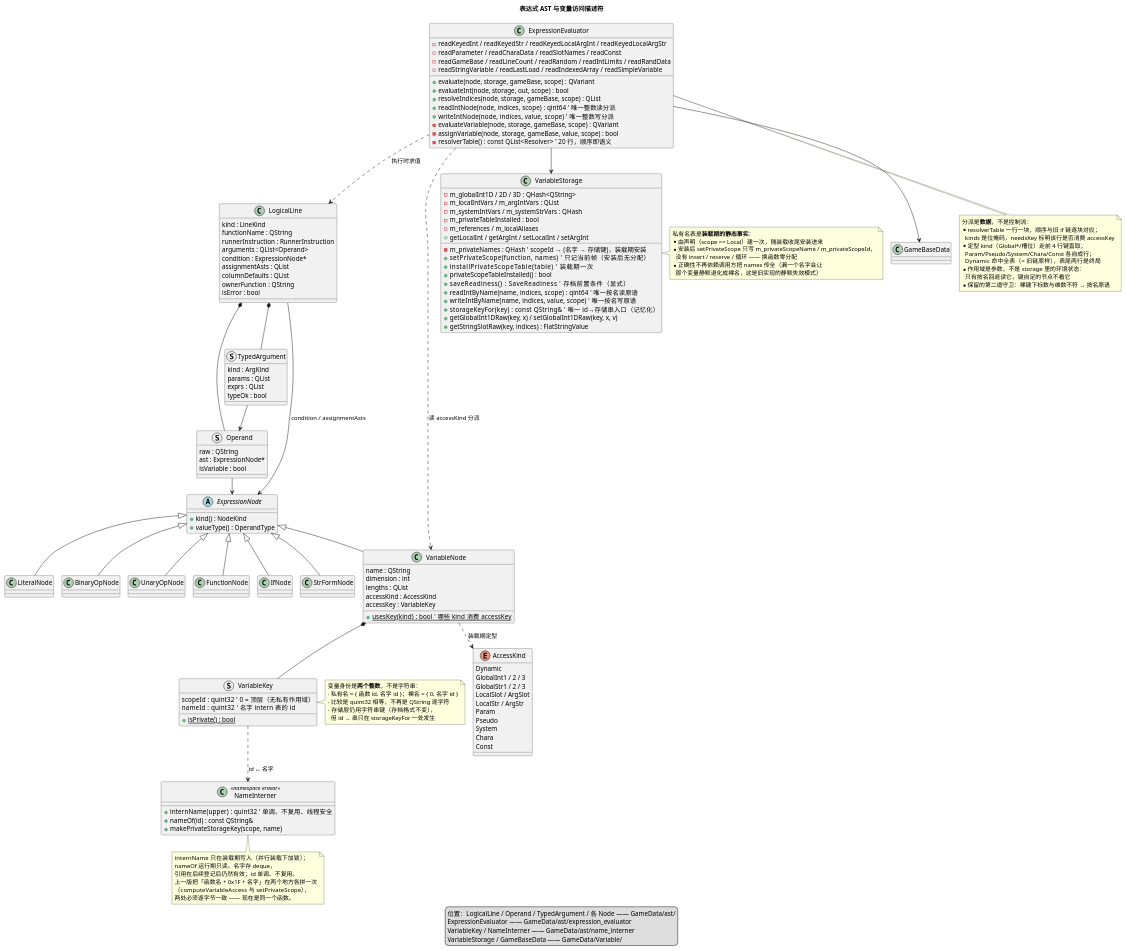
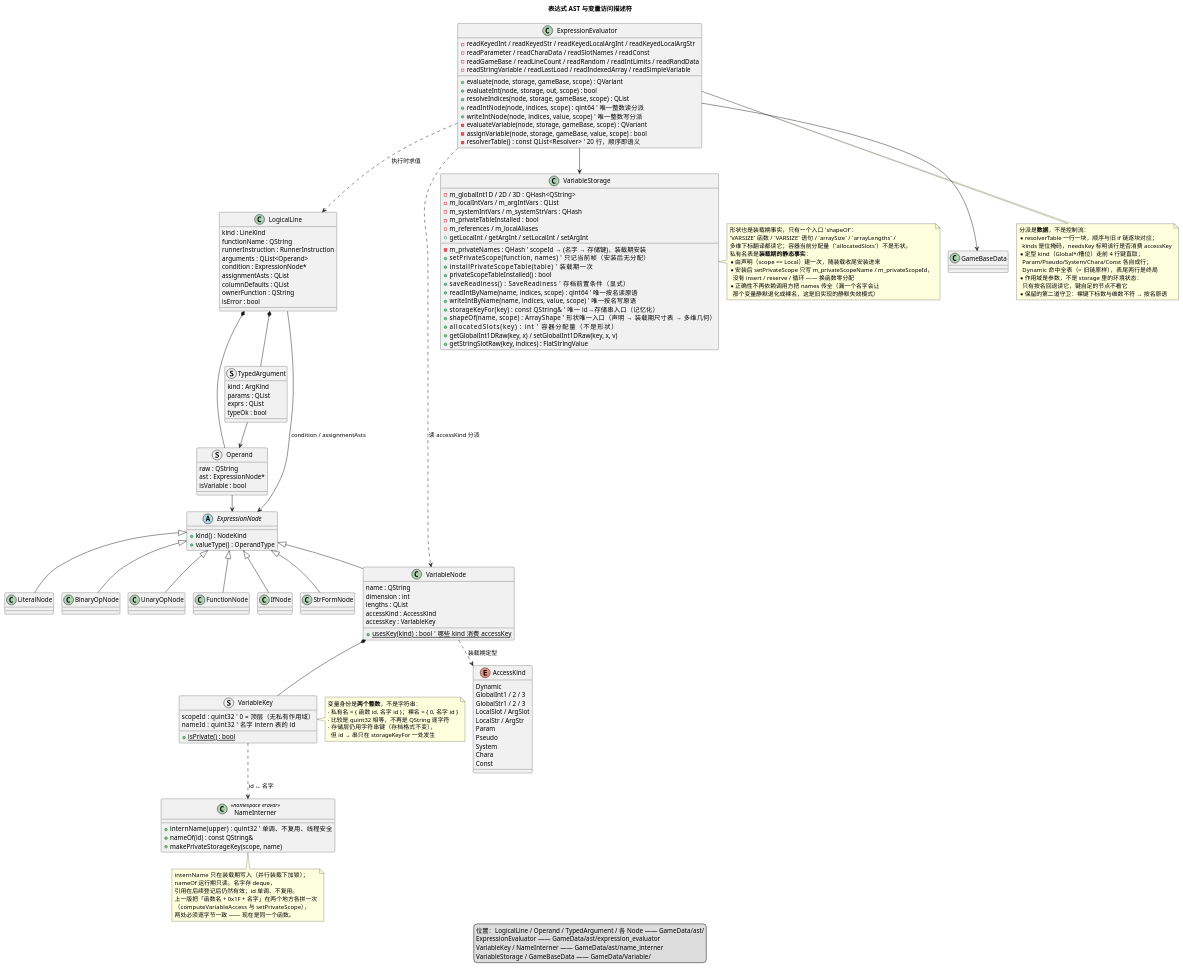
The diagram in docs/uml/03-expression-classes.puml (yigekuyou/qt-eraemu), drawn with PlantUML before and after one commit. The commit also changed 2 other files, not shown here.

Commit message:
docs/uml：形状只剩一个入口（shapeOf），VARSIZE / 数组长度 / 多维几何同源
- 05-variable-access：形状（维数 / 每维长度 / 元素总数）只有
  VariableStorage::shapeOf(name, scope) 一个入口，回落顺序写成三条（声明 →
  装载期尺寸表 → 未声明多维容器外接几何）；读者清单列全（VARSIZE 函数 /
  VARSIZE 语句 / arraySize / arrayLengths / 下标翻译与越界）；容器分配量
  allocatedSlots 明确「不是形状」。
- 03-expression-classes：VariableStorage 增 shapeOf / allocatedSlots，
  note 点明形状是装载期事实。
- README：单维/多维那条口径换成「形状只有一份、一个入口」，并把旧实现的
  三处分歧（3D 恒 0 / 越界维回落首维 / CHARADATA 恒 0）记在案；
  LoadContext 字段数 12 → 11（与 01-load-classes 对齐）；累计重构 31、
  ctest 48 → 60（新增 test_array_shape）。

```diff
--- a/docs/uml/03-expression-classes.puml
+++ b/docs/uml/03-expression-classes.puml
@@ -1,183 +1,188 @@
 @startuml 03-expression-classes
 ' 无 graphviz(dot) 时用 PlantUML 内置 smetana 布局引擎
 !pragma layout smetana
 ' emuera —— 表达式 AST / 变量访问描述符 / 求值器
 ' 渲染：plantuml -tpng docs/uml/03-expression-classes.puml
 title 表达式 AST 与变量访问描述符
 
   class LogicalLine {
     kind : LineKind
     functionName : QString
     runnerInstruction : RunnerInstruction
     arguments : QList<Operand>
     condition : ExpressionNode*
     assignmentAsts : QList
     columnDefaults : QList
     ownerFunction : QString
     isError : bool
   }
 
   struct Operand {
     raw : QString
     ast : ExpressionNode*
     isVariable : bool
   }
 
   struct TypedArgument {
     kind : ArgKind
     params : QList
     exprs : QList
     typeOk : bool
   }
 
   abstract class ExpressionNode {
     + kind() : NodeKind
     + valueType() : OperandType
   }
 
   class LiteralNode
   class BinaryOpNode
   class UnaryOpNode
   class FunctionNode
   class IfNode
   class StrFormNode
 
   class VariableNode {
     name : QString
     dimension : int
     lengths : QList
     accessKind : AccessKind
     accessKey : VariableKey
     {static} + usesKey(kind) : bool   ' 哪些 kind 消费 accessKey
   }
 
   struct VariableKey {
     scopeId : quint32   ' 0 = 顶层（无私有作用域）
     nameId : quint32    ' 名字 intern 表的 id
     {static} + isPrivate() : bool
   }
 
   class NameInterner <<namespace eravar>> {
     + internName(upper) : quint32   ' 单调、不复用、线程安全
     + nameOf(id) : const QString&
     + makePrivateStorageKey(scope, name)
     ' 全仓库唯一知道 0x1F 的地方：
     ' 「作用域串 + 0x1F + 名字串」只在这里拼
   }
 
   enum AccessKind {
     Dynamic
     GlobalInt1 / 2 / 3
     GlobalStr1 / 2 / 3
     LocalSlot / ArgSlot
     LocalStr / ArgStr
     Param
     Pseudo
     System
     Chara
     Const
   }
 
   class ExpressionEvaluator {
     + evaluate(node, storage, gameBase, scope) : QVariant
     + evaluateInt(node, storage, out, scope) : bool
     + resolveIndices(node, storage, gameBase, scope) : QList
     + readIntNode(node, indices, scope) : qint64   ' 唯一整数读分派
     + writeIntNode(node, indices, value, scope)    ' 唯一整数写分派
     - evaluateVariable(node, storage, gameBase, scope) : QVariant
     - assignVariable(node, storage, gameBase, value, scope) : bool
     - resolverTable() : const QList<Resolver>  ' 20 行，顺序即语义
     - readKeyedInt / readKeyedStr / readKeyedLocalArgInt / readKeyedLocalArgStr
     - readParameter / readCharaData / readSlotNames / readConst
     - readGameBase / readLineCount / readRandom / readIntLimits / readRandData
     - readStringVariable / readLastLoad / readIndexedArray / readSimpleVariable
   }
 
   class VariableStorage {
     - m_globalInt1D / 2D / 3D : QHash<QString>
     - m_localIntVars / m_argIntVars : QList
     - m_systemIntVars / m_systemStrVars : QHash
     - m_privateNames : QHash   ' scopeId → (名字 → 存储键)，装载期安装
     - m_privateTableInstalled : bool
     - m_references / m_localAliases
     + setPrivateScope(function, names)          ' 只记当前帧（安装后无分配）
     + installPrivateScopeTable(table)           ' 装载期一次
     + privateScopeTableInstalled() : bool
     + saveReadiness() : SaveReadiness           ' 存档前置条件（显式）
     + readIntByName(name, indices, scope) : qint64   ' 唯一按名读原语
     + writeIntByName(name, indices, value, scope)    ' 唯一按名写原语
     + storageKeyFor(key) : const QString&       ' 唯一 id→存储串入口（记忆化）
+    + shapeOf(name, scope) : ArrayShape         ' 形状唯一入口（声明 → 装载期尺寸表 → 多维几何）
+    + allocatedSlots(key) : int                 ' 容器分配量（不是形状）
     + getGlobalInt1DRaw(key, x) / setGlobalInt1DRaw(key, x, v)
     + getStringSlotRaw(key, indices) : FlatStringValue
     + getLocalInt / getArgInt / setLocalInt / setArgInt
   }
 
 class GameBaseData
 
 LogicalLine *-- Operand
 LogicalLine *-- TypedArgument
 LogicalLine --> ExpressionNode : condition / assignmentAsts
 Operand --> ExpressionNode
 TypedArgument --> Operand
 
 ExpressionNode <|-- LiteralNode
 ExpressionNode <|-- VariableNode
 ExpressionNode <|-- BinaryOpNode
 ExpressionNode <|-- UnaryOpNode
 ExpressionNode <|-- FunctionNode
 ExpressionNode <|-- IfNode
 ExpressionNode <|-- StrFormNode
 
 VariableNode *-- VariableKey
 VariableNode ..> AccessKind : 装载期定型
 VariableKey ..> NameInterner : id ↔ 名字
 ExpressionEvaluator ..> VariableNode : 读 accessKind 分派
 ExpressionEvaluator --> VariableStorage
 ExpressionEvaluator --> GameBaseData
 ExpressionEvaluator ..> LogicalLine : 执行时求值
 
 legend bottom
   位置：LogicalLine / Operand / TypedArgument / 各 Node —— GameData/ast/
   ExpressionEvaluator —— GameData/ast/expression_evaluator
   VariableKey / NameInterner —— GameData/ast/name_interner
   VariableStorage / GameBaseData —— GameData/Variable/
 endlegend
 
 note right of VariableKey
   变量身份是**两个整数**，不是字符串：
   · 私有名 = { 函数 id, 名字 id }；裸名 = { 0, 名字 id }
   · 比较是 quint32 相等，不再是 QString 逐字符
   · 存储层仍用字符串键（存档格式不变），
     但 id → 串只在 storageKeyFor 一处发生
 end note
 
 note right of VariableStorage
+  形状也是装载期事实，只有一个入口 `shapeOf`：
+  `VARSIZE` 函数 / `VARSIZE` 语句 / `arraySize` / `arrayLengths` /
+  多维下标翻译都读它；容器当前分配量（`allocatedSlots`）不是形状。
   私有名表是**装载期的静态事实**：
   * 由声明（scope == Local）建一次，随装载收尾安装进来
   * 安装后 setPrivateScope 只写 m_privateScopeName / m_privateScopeId，
     没有 insert / reserve / 循环 —— 换函数零分配
   * 正确性不再依赖调用方把 names 传全（漏一个名字会让
     那个变量静默退化成裸名，这是旧实现的静默失效模式）
 end note
 
 note bottom of NameInterner
   internName 只在装载期写入（并行装载下加锁）；
   nameOf 运行期只读。名字存 deque，
   引用在后续登记后仍然有效；id 单调、不复用。
   上一版把「函数名 + 0x1F + 名字」在两个地方各拼一次
   （computeVariableAccess 与 setPrivateScope），
   两处必须逐字节一致 —— 现在是同一个函数。
 end note
 
 note bottom of ExpressionEvaluator
   分派是**数据**，不是控制流：
   * resolverTable 一行一块，顺序与旧 if 链逐块对应；
     kinds 是位掩码，needsKey 标明该行是否消费 accessKey
   * 定型 kind（Global*/槽位）走前 4 行键直取；
     Param/Pseudo/System/Chara/Const 各自成行；
     Dynamic 命中全表（= 旧链原样），表尾两行是终局
   * 作用域是参数，不是 storage 里的环境状态：
     只有按名回退读它，键自足的节点不看它
   * 保留的第二道守卫：裸键下标数与维数不符 → 按名原语
 end note
 @enduml
```
